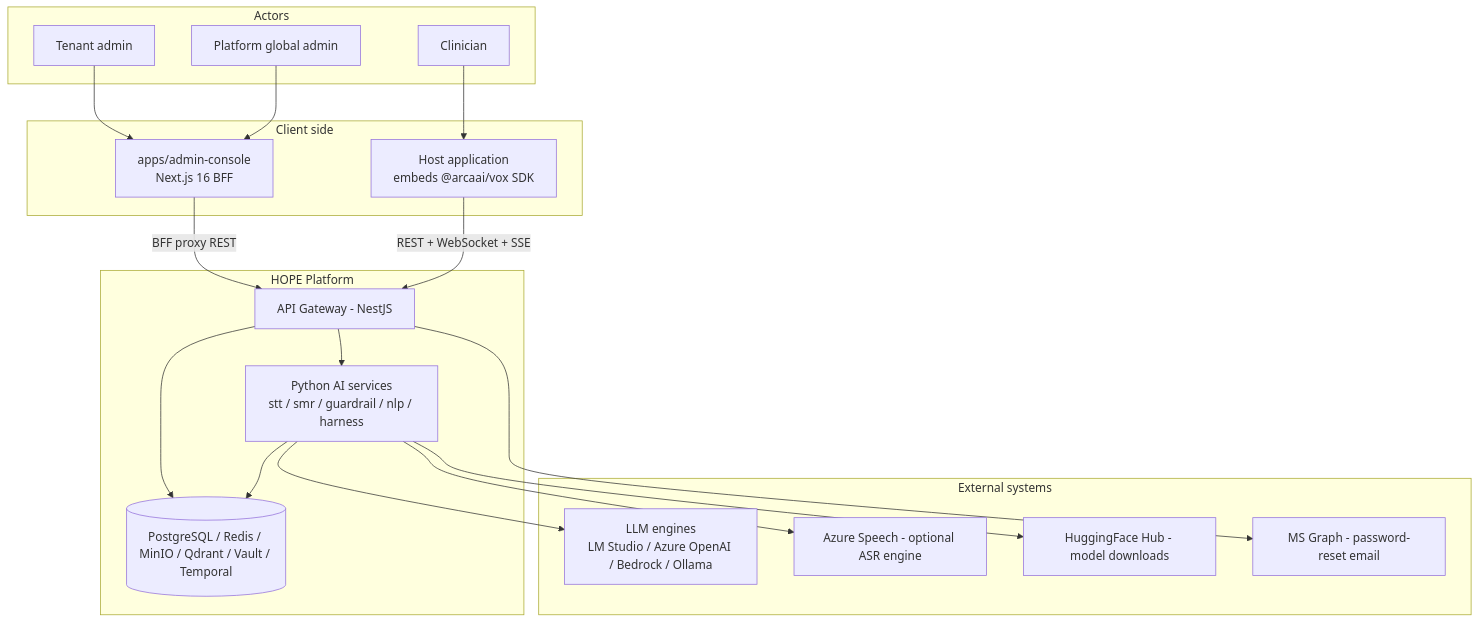
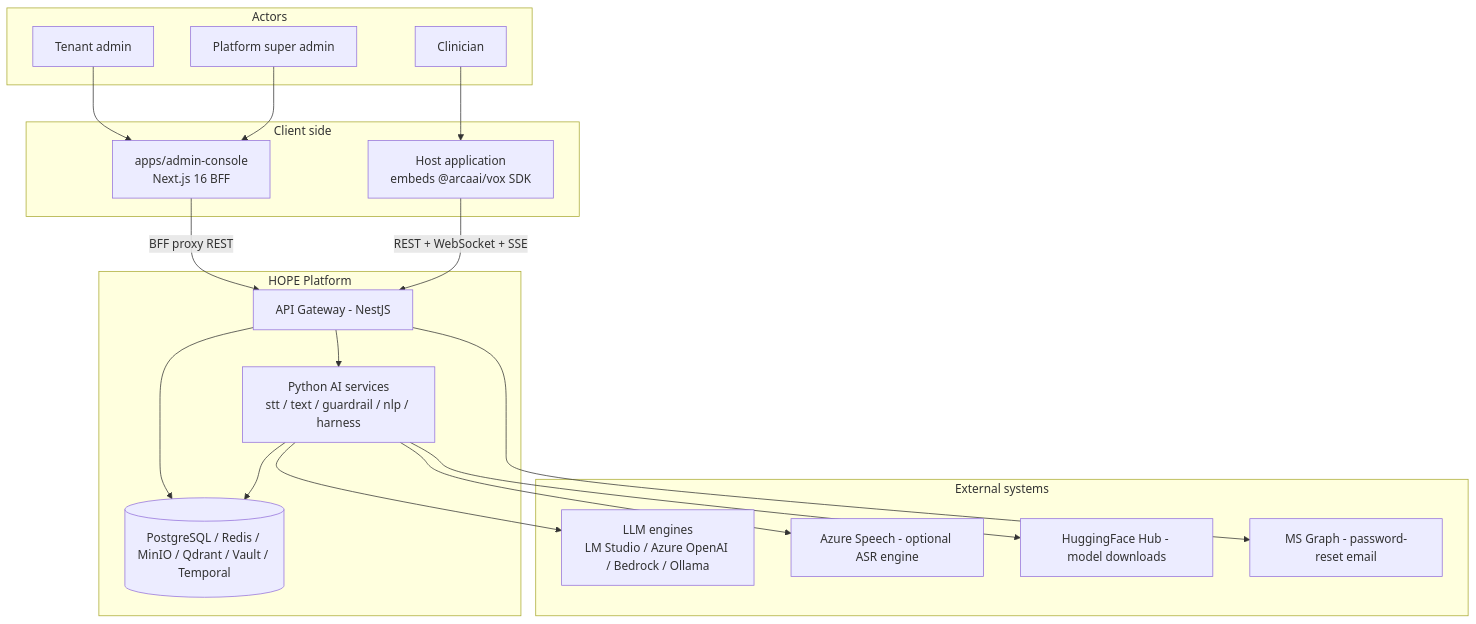
The first of 4 diagrams in docs/architecture/overview.md (ArcaAI/vox-platform-study), drawn with Mermaid before and after one commit. The commit also changed other lines of this file and 590 other files, not shown here.

First line of the commit message:
feat(TASK-707): finish naming alignment — SUPER_ADMIN + text identifiers

````diff
--- a/docs/architecture/overview.md
+++ b/docs/architecture/overview.md
@@ -37,39 +37,39 @@
 ```mermaid
 graph TB
     subgraph actors[Actors]
         DOC[Clinician]
         TADM[Tenant admin]
-        SADM[Platform global admin]
+        SADM[Platform super admin]
     end
 
     subgraph client[Client side]
         HOST["Host application<br/>embeds @arcaai/vox SDK"]
         ADMIN["apps/admin-console<br/>Next.js 16 BFF"]
     end
 
     subgraph hope[HOPE Platform]
         API["API Gateway - NestJS"]
-        PY["Python AI services<br/>stt / smr / guardrail / nlp / harness"]
+        PY["Python AI services<br/>stt / text / guardrail / nlp / harness"]
         DATA[("PostgreSQL / Redis / MinIO / Qdrant / Vault / Temporal")]
     end
 
     subgraph external[External systems]
         LLM["LLM engines<br/>LM Studio / Azure OpenAI / Bedrock / Ollama"]
         AZSPEECH["Azure Speech - optional ASR engine"]
         HF["HuggingFace Hub - model downloads"]
         MSG["MS Graph - password-reset email"]
     end
 
     DOC --> HOST
     TADM --> ADMIN
     SADM --> ADMIN
     ADMIN -->|BFF proxy REST| API
     HOST -->|REST + WebSocket + SSE| API
     API --> PY
     API --> DATA
     PY --> DATA
     PY --> LLM
     PY --> AZSPEECH
     PY --> HF
     API --> MSG
 ```
````
